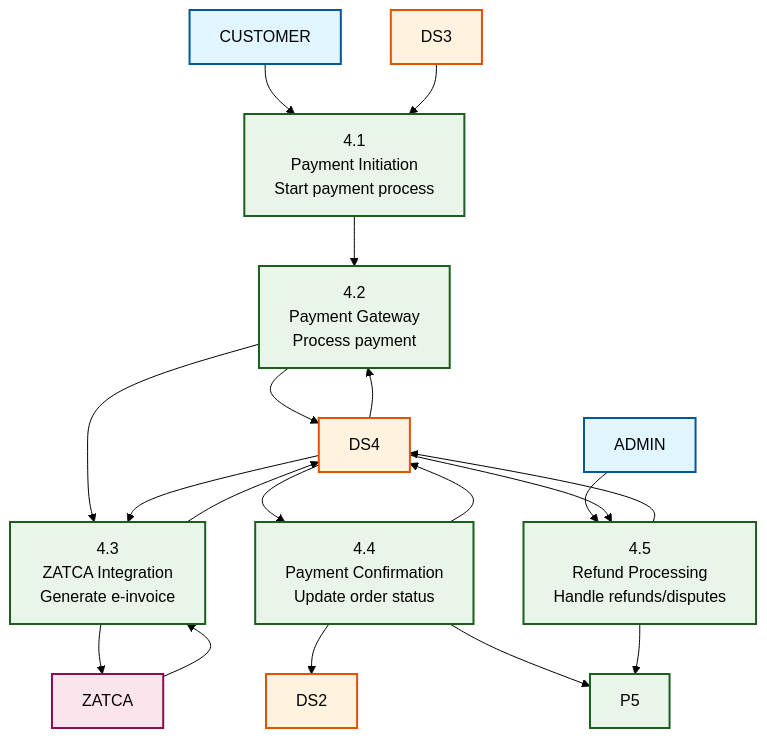
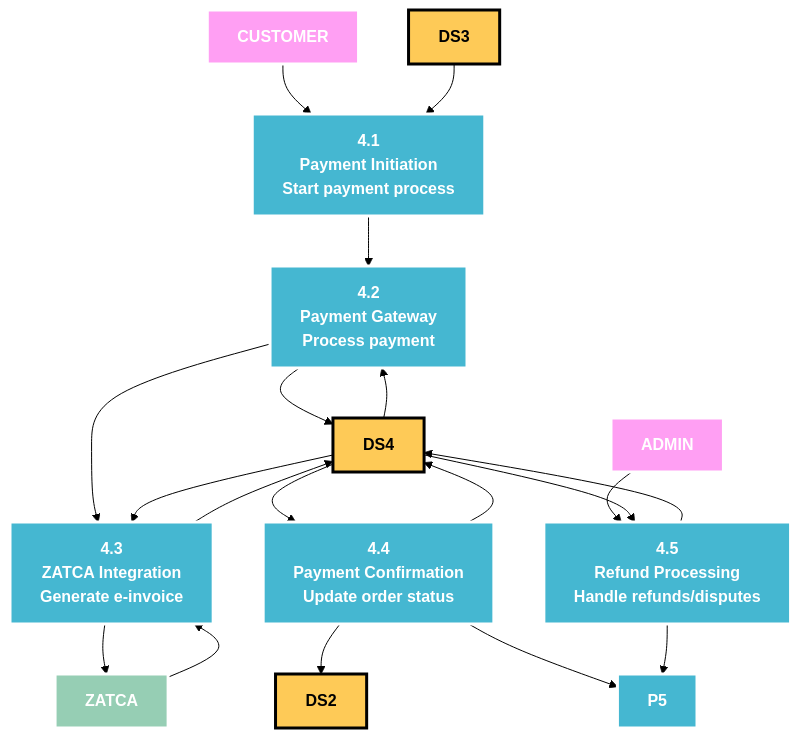
One commit to abdoElHodaky/larvrevrstender changed the fifth of 5 diagrams in diagrams/data-flow-diagram.md. Above: the diagram before and after it, drawn with Mermaid (forest theme). The commit also changed other lines of this file and 1 other file, not shown here.

First line of the commit message:
fix: Update data flow diagram styling and recreate circuit breaker architecture

````diff
--- a/diagrams/data-flow-diagram.md
+++ b/diagrams/data-flow-diagram.md
@@ -246,41 +246,41 @@
 ```mermaid
 graph TD
     %% Payment Subprocesses
     P41[4.1<br/>Payment Initiation<br/>Start payment process]
     P42[4.2<br/>Payment Gateway<br/>Process payment]
     P43[4.3<br/>ZATCA Integration<br/>Generate e-invoice]
     P44[4.4<br/>Payment Confirmation<br/>Update order status]
     P45[4.5<br/>Refund Processing<br/>Handle refunds/disputes]
     
     %% Data Flows
     CUSTOMER --> P41
     P41 --> P42
     P42 --> DS4
     P42 --> P43
     P43 --> ZATCA
     ZATCA --> P43
     P43 --> DS4
     P44 --> DS4
     P44 --> DS2
     P44 --> P5
     
     ADMIN --> P45
     P45 --> DS4
     P45 --> P5
     
     DS3 --> P41
     DS4 --> P42
     DS4 --> P43
     DS4 --> P44
     DS4 --> P45
     
-    classDef process fill:#e8f5e8,stroke:#1b5e20,stroke-width:2px
-    classDef entity fill:#e1f5fe,stroke:#01579b,stroke-width:2px
-    classDef datastore fill:#fff3e0,stroke:#e65100,stroke-width:2px
-    classDef external fill:#fce4ec,stroke:#880e4f,stroke-width:2px
+    classDef process fill:#45B7D1,stroke:#FFFFFF,stroke-width:3px,color:#FFFFFF,font-weight:bold
+    classDef entity fill:#FF9FF3,stroke:#FFFFFF,stroke-width:3px,color:#FFFFFF,font-weight:bold
+    classDef datastore fill:#FECA57,stroke:#000000,stroke-width:3px,color:#000000,font-weight:bold
+    classDef external fill:#96CEB4,stroke:#FFFFFF,stroke-width:3px,color:#FFFFFF,font-weight:bold
     
     class P41,P42,P43,P44,P45,P5 process
     class CUSTOMER,ADMIN entity
     class ZATCA external
     class DS2,DS3,DS4 datastore
 ```
````
